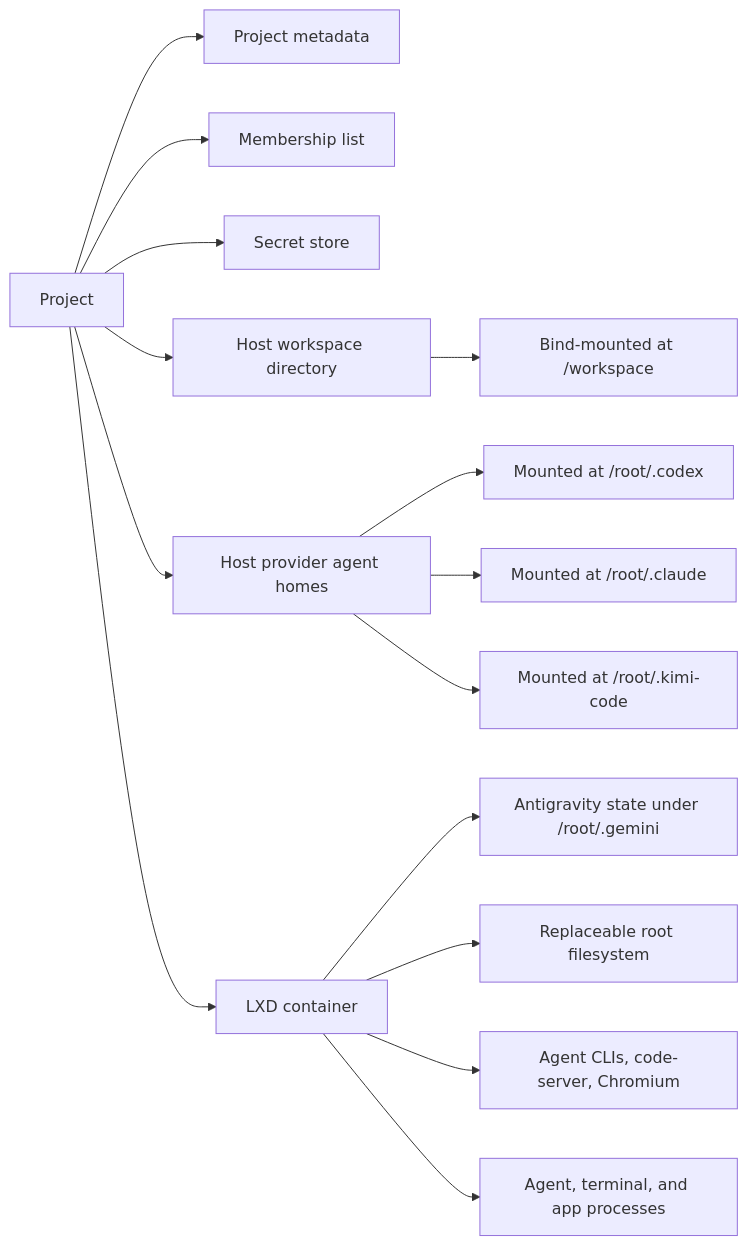
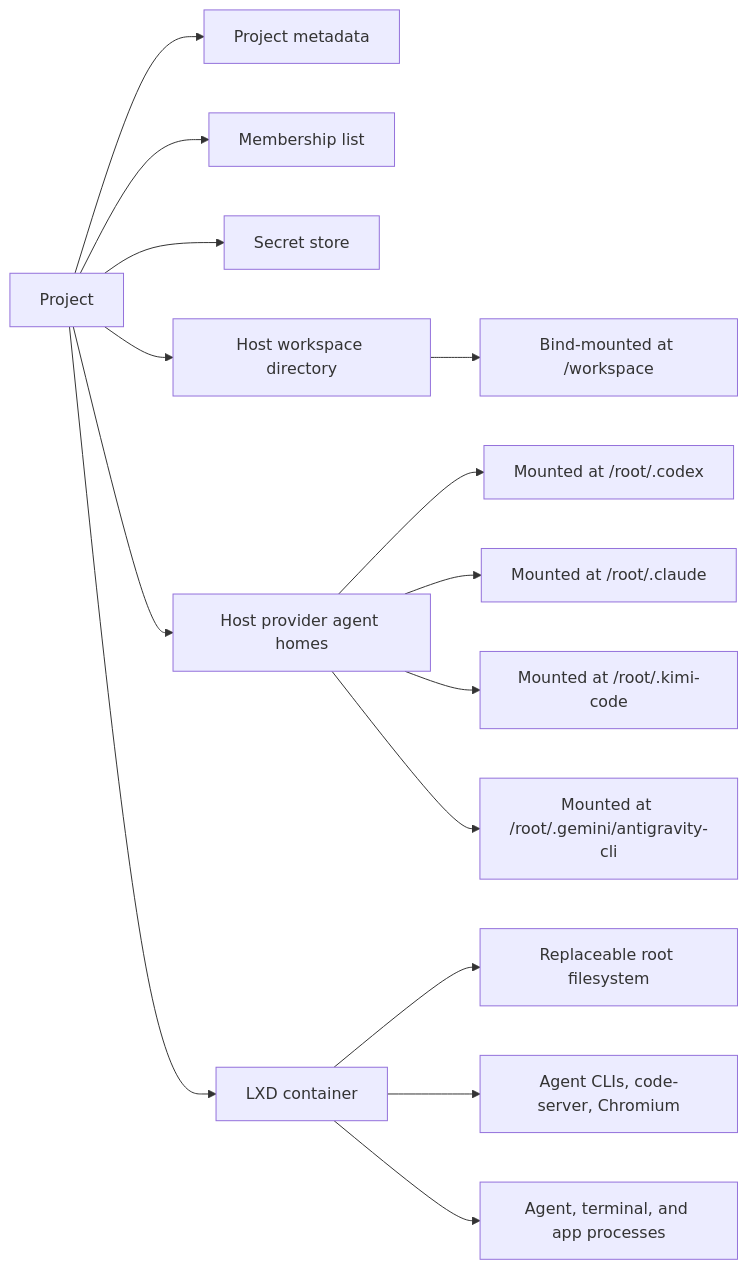
The second of 5 diagrams in docs/02-workspaces/03-projects-and-containers.md (AbdallahMohamedDotnet/remote.futrx), drawn with Mermaid before and after one commit. The commit also changed other lines of this file and 27 other files, not shown here.

````diff
--- a/docs/02-workspaces/03-projects-and-containers.md
+++ b/docs/02-workspaces/03-projects-and-containers.md
@@ -34,18 +37,18 @@
 ```mermaid
 flowchart LR
     Project["Project"] --> Meta["Project metadata"]
     Project --> Access["Membership list"]
     Project --> Secrets["Secret store"]
     Project --> Workspace["Host workspace directory"]
     Project --> Homes["Host provider agent homes"]
     Project --> Container["LXD container"]
 
     Workspace --> Mount["Bind-mounted at /workspace"]
     Homes --> Codex["Mounted at /root/.codex"]
     Homes --> Claude["Mounted at /root/.claude"]
     Homes --> Kimi["Mounted at /root/.kimi-code"]
-    Container --> Antigravity["Antigravity state under /root/.gemini"]
+    Homes --> Antigravity["Mounted at /root/.gemini/antigravity-cli"]
     Container --> RootFS["Replaceable root filesystem"]
     Container --> Tools["Agent CLIs, code-server, Chromium"]
     Container --> Processes["Agent, terminal, and app processes"]
 ```
````
